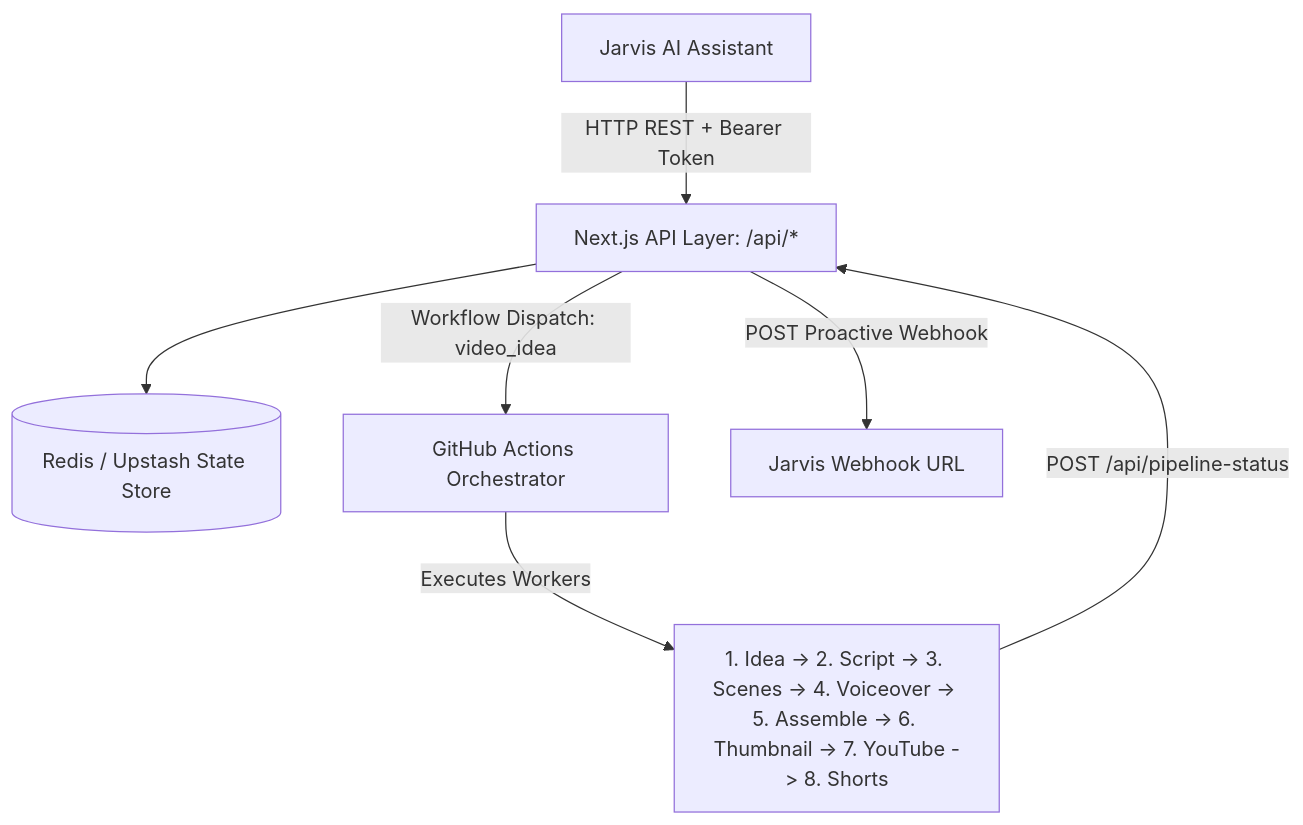
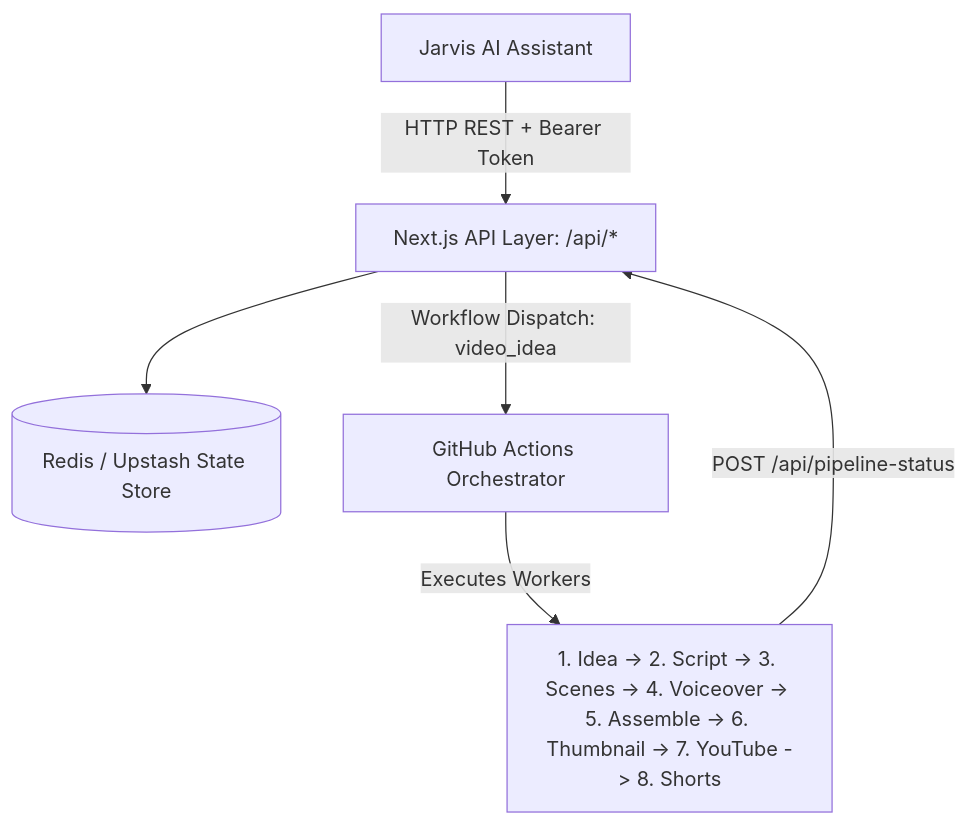
The diagram in docs/JARVIS_INTEGRATION.md (sushant-wayal/auto-youtube-channel), drawn with Mermaid before and after one commit. The commit also changed other lines of this file and 1 other file, not shown here.

Commit message:
refactor(jarvis): remove server-to-agent webhook; rely on direct tool integrations

````diff
--- a/docs/JARVIS_INTEGRATION.md
+++ b/docs/JARVIS_INTEGRATION.md
@@ -14,9 +14,8 @@
 ```mermaid
 graph TD
     J[Jarvis AI Assistant] -->|HTTP REST + Bearer Token| API[Next.js API Layer: /api/*]
     API --> Redis[(Redis / Upstash State Store)]
     API -->|Workflow Dispatch: video_idea| GHA[GitHub Actions Orchestrator]
     GHA -->|Executes Workers| Pipeline[1. Idea -> 2. Script -> 3. Scenes -> 4. Voiceover -> 5. Assemble -> 6. Thumbnail -> 7. YouTube -> 8. Shorts]
     Pipeline -->|POST /api/pipeline-status| API
-    API -->|POST Proactive Webhook| JarvisWebhook[Jarvis Webhook URL]
 ```
````
